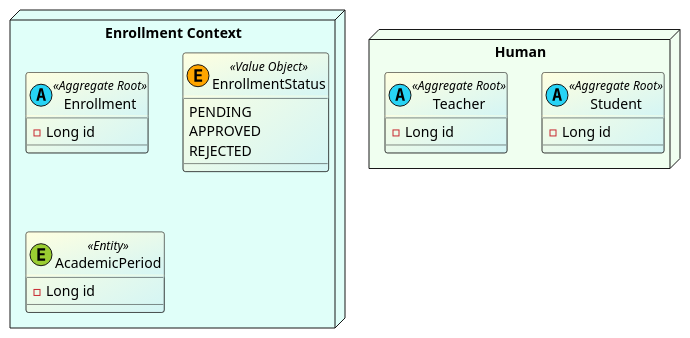
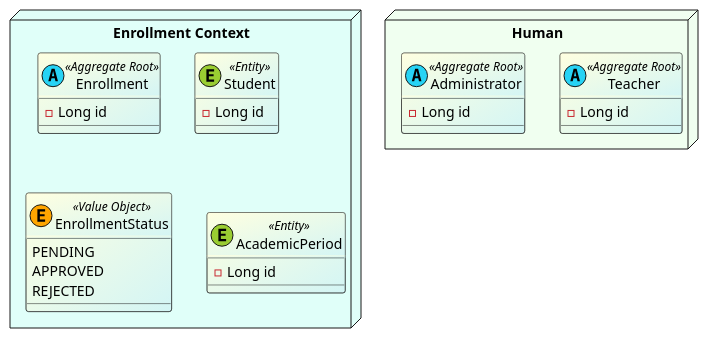
One commit to demy-project/api changed the diagram in docs/domain-diagram.puml. Above: the diagram before and after it, drawn with PlantUML.

Commit message:
docs: update domain diagram to include Student and Administrator classes

```diff
--- a/docs/domain-diagram.puml
+++ b/docs/domain-diagram.puml
@@ -1,31 +1,35 @@
 @startuml Demy Domain Diagram
 
 skinparam class {
     BackgroundColor LightYellow/D3F5F5
     ArrowColor SeaGreen
 }
 
 package "Enrollment Context" <<Node>> #E0FFF9 {
     class Enrollment <<(A, #27D3F5) Aggregate Root>> {
+        - Long id
+    }
+    class Student <<(E, #9ACD32) Entity>> {
         - Long id
     }
     enum EnrollmentStatus <<(E, #FFA500) Value Object>> {
         PENDING
         APPROVED
         REJECTED
     }
     class AcademicPeriod <<(E, #9ACD32) Entity>> {
         - Long id
     }
 }
 
 package "Human" <<Node>> #F0FFF0 {
-    class Student <<(A, #27D3F5) Aggregate Root>> {
+
+    class Teacher <<(A, #27D3F5) Aggregate Root>> {
         - Long id
     }
-    class Teacher <<(A, #27D3F5) Aggregate Root>> {
+    class Administrator <<(A, #27D3F5) Aggregate Root>> {
         - Long id
     }
 }
 
 @enduml
```
